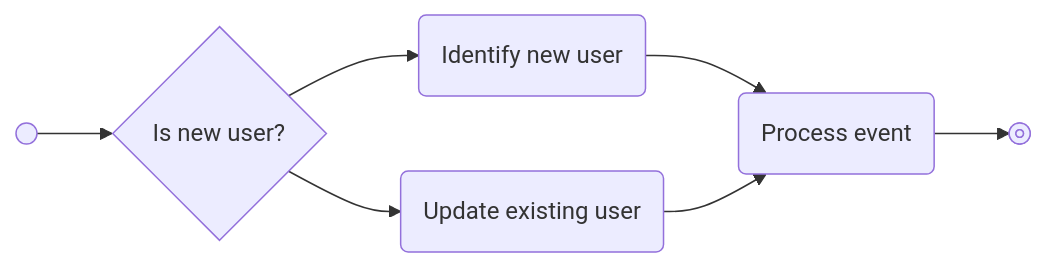
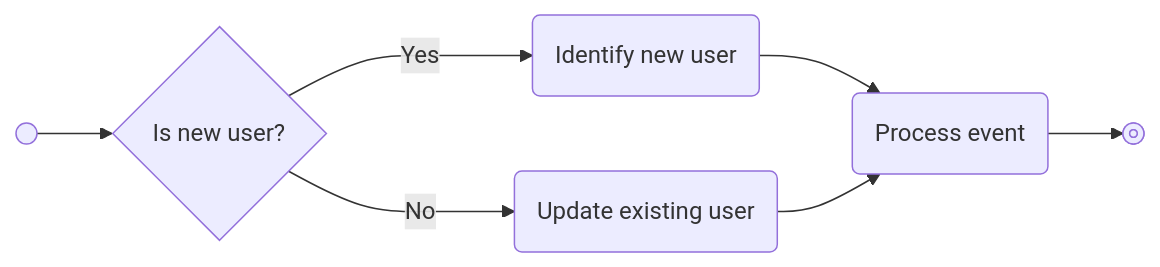
Before and after one commit to trophyso/docs: the diagram in platform/users.mdx, drawn with Mermaid. The commit also changed other lines of this file, not shown here.

Commit message:
Add additinal user attribute and update mermaid diagram

````diff
--- a/platform/users.mdx
+++ b/platform/users.mdx
@@ -72,15 +78,15 @@
 ```mermaid
 flowchart LR
     A@{ shape: sm-circ }
     B@{ shape: diamond, label: "Is new user?" }
     C@{ shape: rounded, label: "Identify new user" }
     D@{ shape: rounded, label: "Update existing user" }
     E@{ shape: rounded, label: "Process event" }
     F@{ shape: framed-circle }
     A-->B
-    B-->C
-    B-->D
+    B-- Yes --->C
+    B-- No --->D
     C-->E
     D-->E
     E-->F
 ```
````
